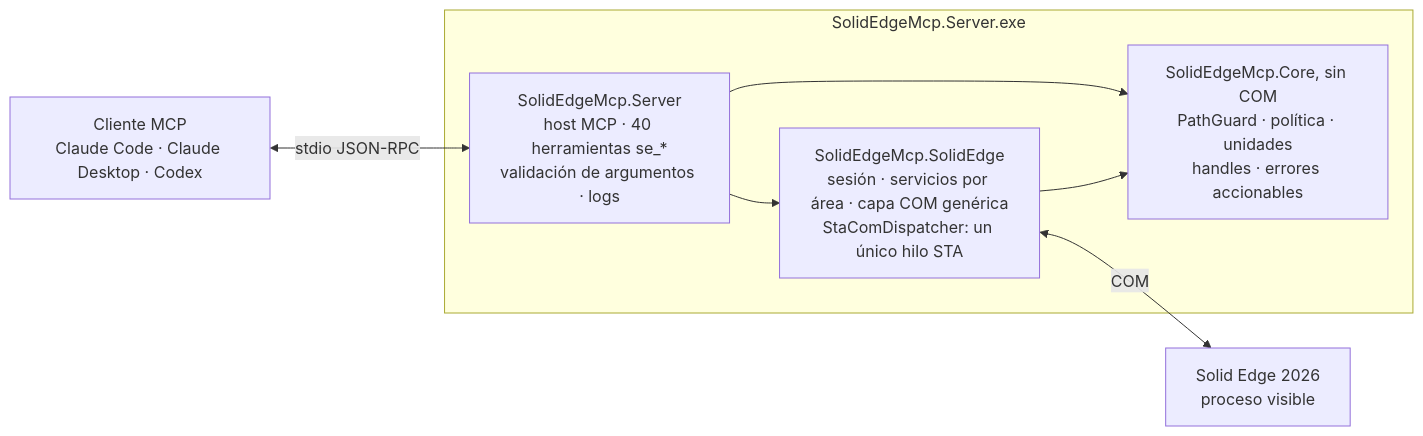
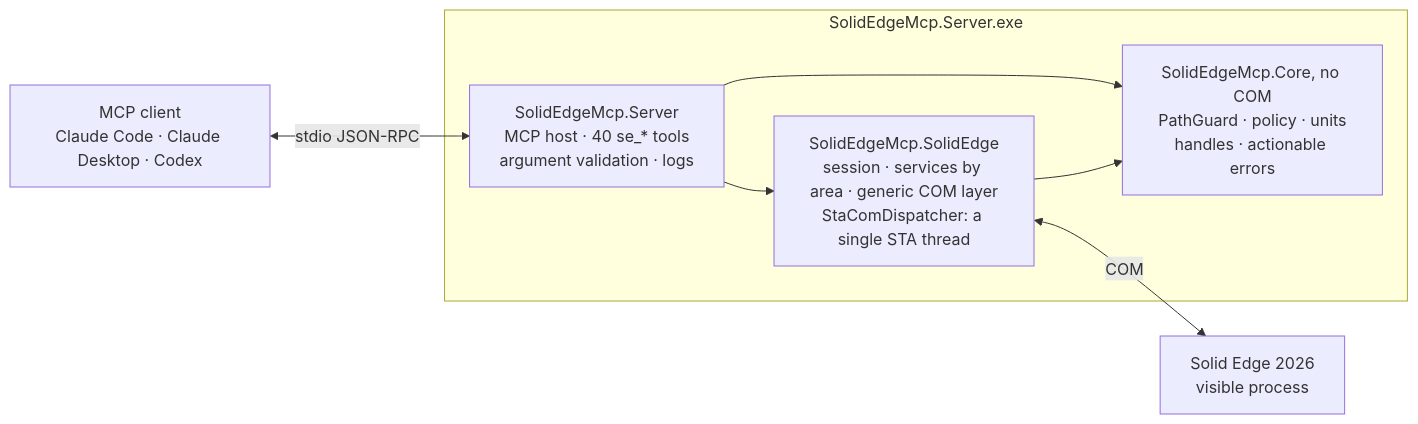
The diagram in README.md (gabichuuuuu/solid-edge-mcp), drawn with Mermaid before and after one commit. The commit also changed other lines of this file and 93 other files, not shown here.

````diff
--- a/README.md
+++ b/README.md
@@ -137,18 +136,18 @@
 ```mermaid
 flowchart LR
-    client["Cliente MCP<br/>Claude Code · Claude Desktop · Codex"]
+    client["MCP client<br/>Claude Code · Claude Desktop · Codex"]
 
     subgraph exe ["SolidEdgeMcp.Server.exe"]
-        server["SolidEdgeMcp.Server<br/>host MCP · 40 herramientas se_*<br/>validación de argumentos · logs"]
-        se["SolidEdgeMcp.SolidEdge<br/>sesión · servicios por área · capa COM genérica<br/>StaComDispatcher: un único hilo STA"]
-        core["SolidEdgeMcp.Core, sin COM<br/>PathGuard · política · unidades<br/>handles · errores accionables"]
+        server["SolidEdgeMcp.Server<br/>MCP host · 40 se_* tools<br/>argument validation · logs"]
+        se["SolidEdgeMcp.SolidEdge<br/>session · services by area · generic COM layer<br/>StaComDispatcher: a single STA thread"]
+        core["SolidEdgeMcp.Core, no COM<br/>PathGuard · policy · units<br/>handles · actionable errors"]
         server --> se
         server --> core
         se --> core
     end
 
-    app["Solid Edge 2026<br/>proceso visible"]
+    app["Solid Edge 2026<br/>visible process"]
 
     client <-->|stdio JSON-RPC| server
     se <-->|COM| app
 ```
````
